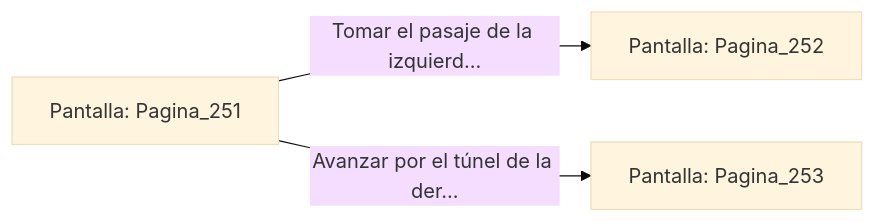
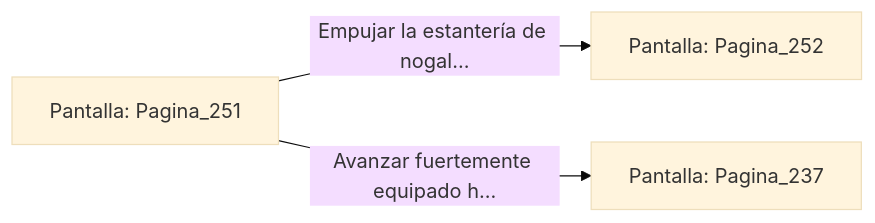
The diagram in sample/eligejuego-vault/Pantalla_Pagina_251.md (metsuke/mpl), drawn with Mermaid (base theme) before and after one commit. The commit also changed other lines of this file and 635 other files, not shown here.

First line of the commit message:
fix: añadir Pagina_1 como pantalla inicial en capitulo_01.mpl

````diff
--- a/sample/eligejuego-vault/Pantalla_Pagina_251.md
+++ b/sample/eligejuego-vault/Pantalla_Pagina_251.md
@@ -20,6 +24,6 @@
 ```mermaid
 graph LR
     P_Pagina_251["Pantalla: Pagina_251"]
-    P_Pagina_251 -->|"Tomar el pasaje de la izquierd..."| P_Pagina_252["Pantalla: Pagina_252"]
-    P_Pagina_251 -->|"Avanzar por el túnel de la der..."| P_Pagina_253["Pantalla: Pagina_253"]
+    P_Pagina_251 -->|"Empujar la estantería de nogal..."| P_Pagina_252["Pantalla: Pagina_252"]
+    P_Pagina_251 -->|"Avanzar fuertemente equipado h..."| P_Pagina_237["Pantalla: Pagina_237"]
 ```
````
